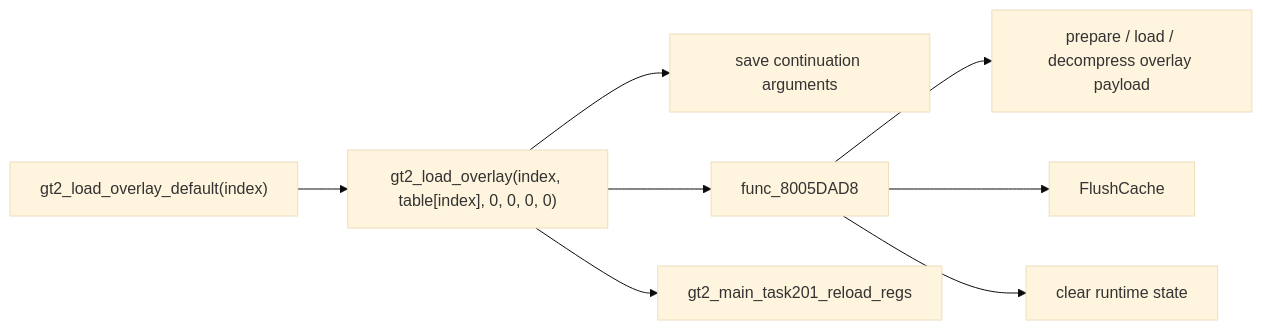
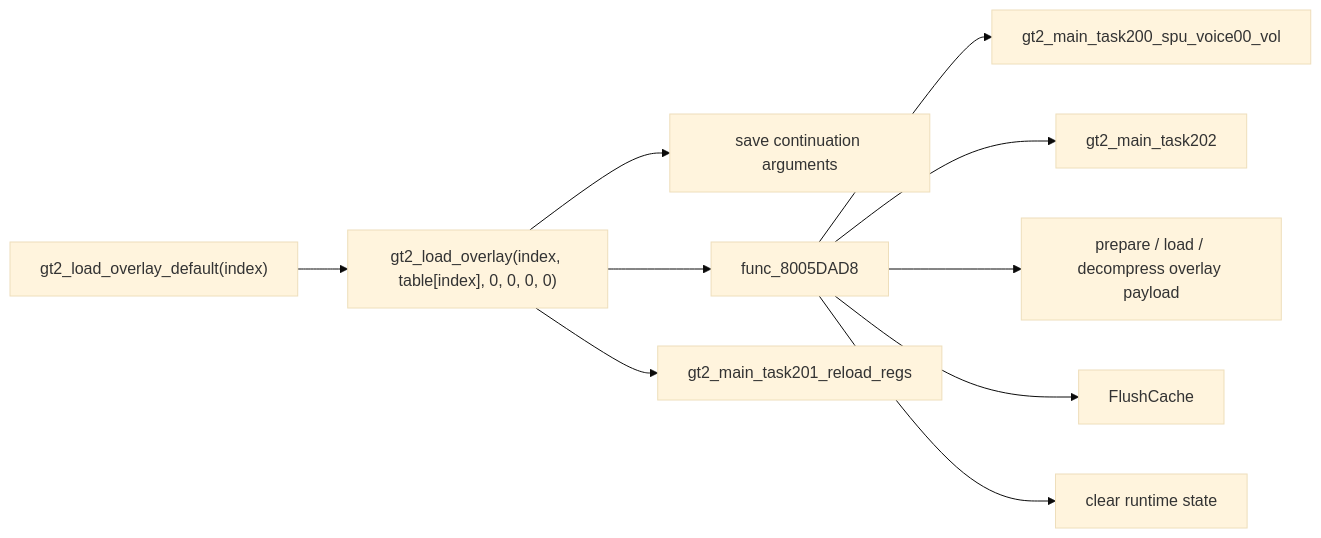
The second of 4 diagrams in docs/BOOT_AND_LOADERS.md (vairacing-tech/GT2-DECOMP), drawn with Mermaid (base theme) before and after one commit. The commit also changed other lines of this file and 4 other files, not shown here.

````diff
--- a/docs/BOOT_AND_LOADERS.md
+++ b/docs/BOOT_AND_LOADERS.md
@@ -72,10 +72,12 @@
 ```mermaid
 flowchart LR
     A["gt2_load_overlay_default(index)"] --> B["gt2_load_overlay(index, table[index], 0, 0, 0, 0)"]
     B --> C["save continuation arguments"]
     B --> D["func_8005DAD8"]
+    D --> D1["gt2_main_task200_spu_voice00_vol"]
+    D --> D2["gt2_main_task202"]
     D --> E["prepare / load / decompress overlay payload"]
     D --> F["FlushCache"]
     D --> G["clear runtime state"]
     B --> H["gt2_main_task201_reload_regs"]
 ```
````
